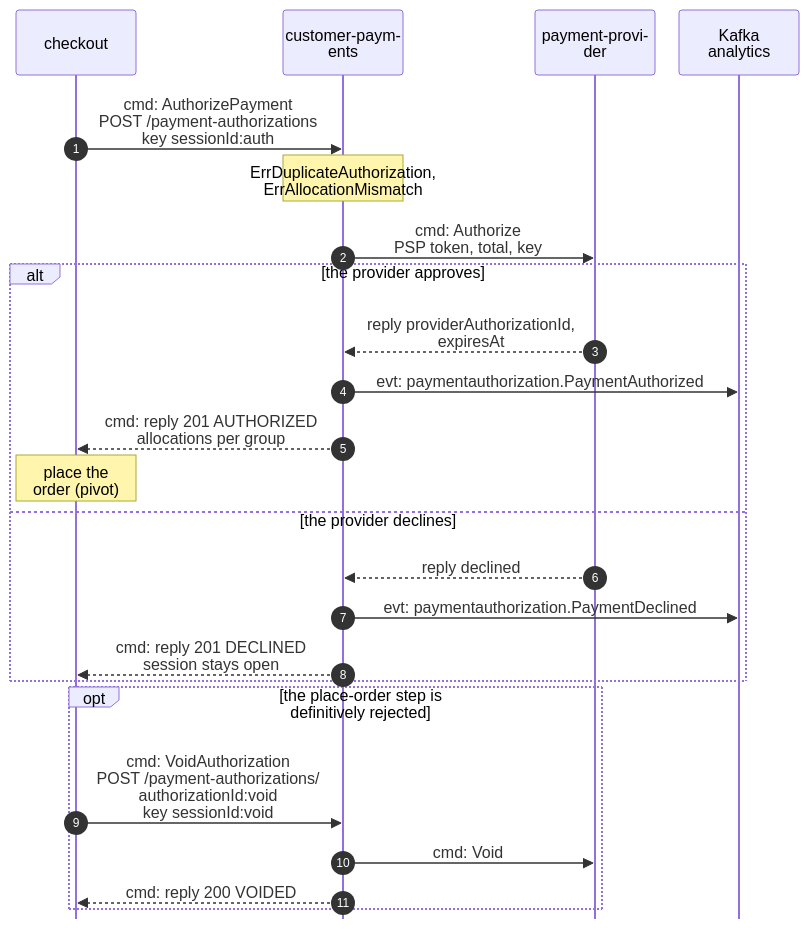
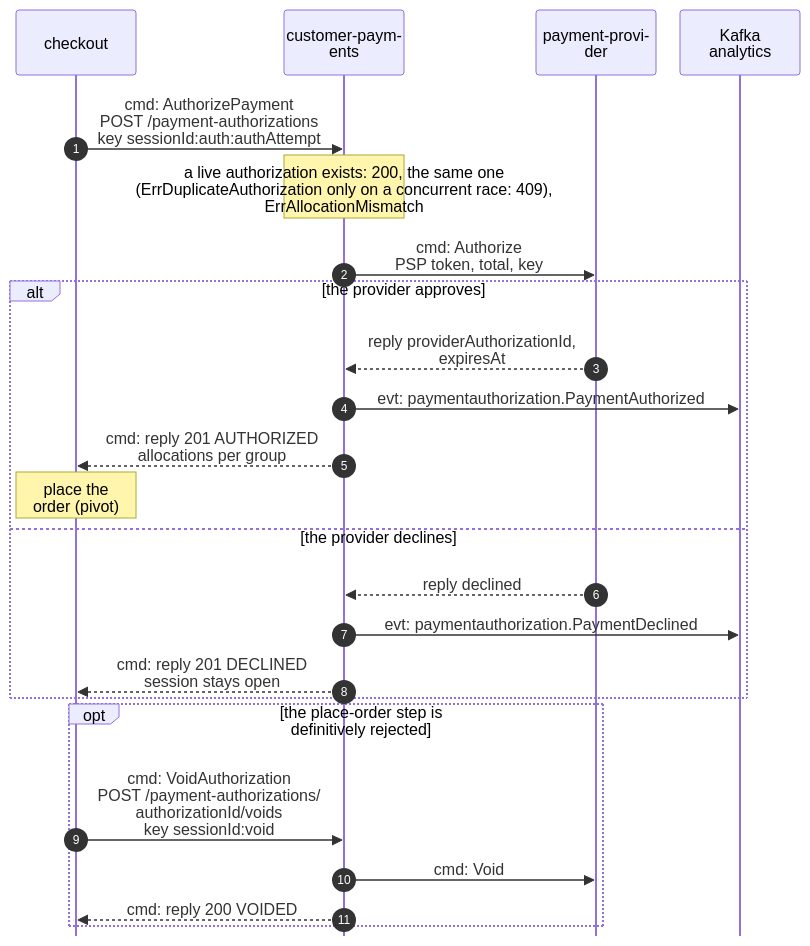
The first of 6 diagrams in storefront/docs/contexts/customer-payments/domain-message-flow.md (IQVO/warehouse-docs), drawn with Mermaid before and after one commit. The commit also changed 12 other files, not shown here.

Commit message:
docs(storefront): customer-payments pack follows the ruling (sequential second authorize is 200, duplicate-authorization only on the concurrent race) and current void route

````diff
--- a/storefront/docs/contexts/customer-payments/domain-message-flow.md
+++ b/storefront/docs/contexts/customer-payments/domain-message-flow.md
@@ -27,27 +27,27 @@
 ```mermaid
 %%{init: {"sequence": {"wrap": true, "width": 120, "actorMargin": 24, "messageMargin": 28, "boxMargin": 6, "noteMargin": 6, "mirrorActors": false}}}%%
 sequenceDiagram
     autonumber
     participant CK as checkout
     participant CP as customer-payments
     participant PSP as payment-provider
     participant K as Kafka analytics
-    CK->>CP: cmd: AuthorizePayment<br/>POST /payment-authorizations<br/>key sessionId:auth
-    Note over CP: ErrDuplicateAuthorization,<br/>ErrAllocationMismatch
+    CK->>CP: cmd: AuthorizePayment<br/>POST /payment-authorizations<br/>key sessionId:auth:authAttempt
+    Note over CP: a live authorization exists: 200, the same one<br/>(ErrDuplicateAuthorization only on a concurrent race: 409),<br/>ErrAllocationMismatch
     CP->>PSP: cmd: Authorize<br/>PSP token, total, key
     alt the provider approves
         PSP-->>CP: reply providerAuthorizationId,<br/>expiresAt
         CP->>K: evt: paymentauthorization.PaymentAuthorized
         CP-->>CK: cmd: reply 201 AUTHORIZED<br/>allocations per group
         Note over CK: place the order (pivot)
     else the provider declines
         PSP-->>CP: reply declined
         CP->>K: evt: paymentauthorization.PaymentDeclined
         CP-->>CK: cmd: reply 201 DECLINED<br/>session stays open
     end
     opt the place-order step is definitively rejected
-        CK->>CP: cmd: VoidAuthorization<br/>POST /payment-authorizations/<br/>authorizationId:void<br/>key sessionId:void
+        CK->>CP: cmd: VoidAuthorization<br/>POST /payment-authorizations/<br/>authorizationId/voids<br/>key sessionId:void
         CP->>PSP: cmd: Void
         CP-->>CK: cmd: reply 200 VOIDED
     end
 ```
````
